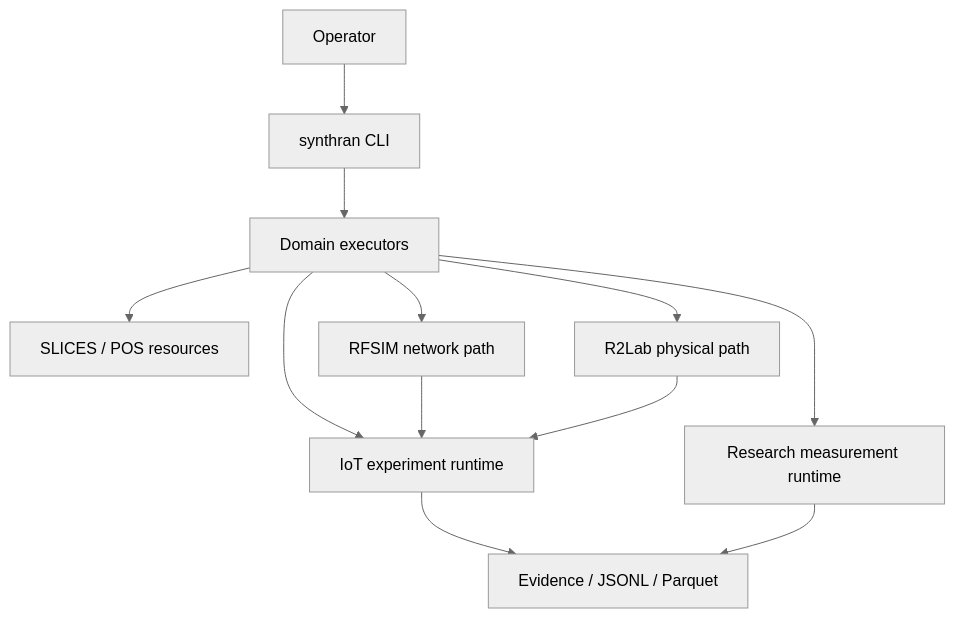
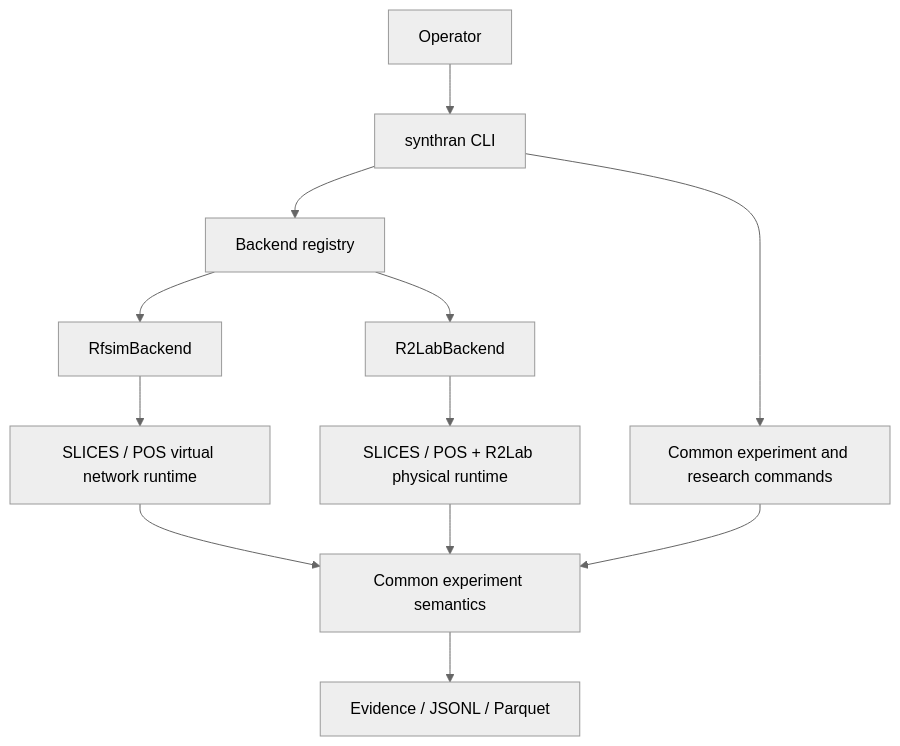
Before and after one commit to RA-Nayreed/SynthRAN_deprecated: the diagram in docs/architecture.md, drawn with Mermaid (neutral theme). The commit also changed other lines of this file, not shown here.

Commit message:
docs: document backend dispatch boundary

````diff
--- a/docs/architecture.md
+++ b/docs/architecture.md
@@ -9,16 +9,17 @@
 ```mermaid
 flowchart TB
     O[Operator] --> C[synthran CLI]
-    C --> X[Domain executors]
+    C --> B[Backend registry]
+    C --> X[Common experiment and research commands]
 
-    X --> S[SLICES / POS resources]
-    X --> V[RFSIM network path]
-    X --> P[R2Lab physical path]
-    X --> I[IoT experiment runtime]
-    X --> M[Research measurement runtime]
+    B --> V[RfsimBackend]
+    B --> P[R2LabBackend]
 
-    V --> I
-    P --> I
+    V --> S[SLICES / POS virtual network runtime]
+    P --> R[SLICES / POS + R2Lab physical runtime]
+
+    S --> I[Common experiment semantics]
+    R --> I
+    X --> I
     I --> D[Evidence / JSONL / Parquet]
-    M --> D
 ```
````
